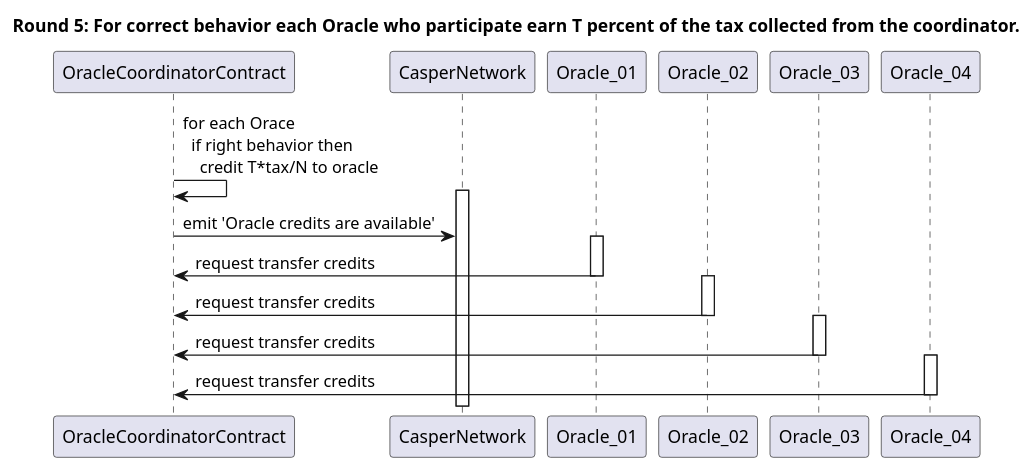
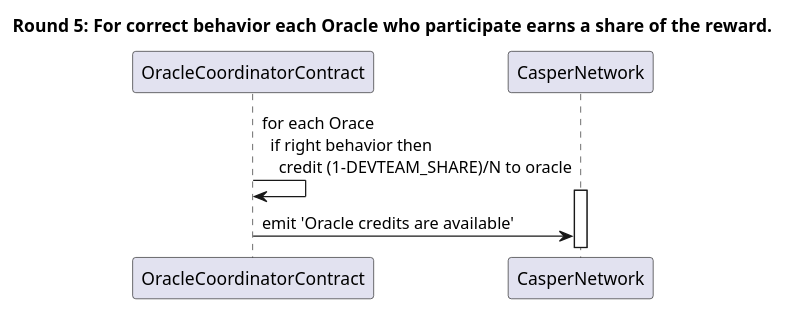
One commit to lucribas/casper-game-oracle changed diagram 12 of 13 in docs/images/Diagrams_plant_uml.md. Above: the diagram before and after it, drawn with PlantUML. The commit also changed other lines of this file and 1 other file, not shown here.

````diff
--- a/docs/images/Diagrams_plant_uml.md
+++ b/docs/images/Diagrams_plant_uml.md
@@ -167,20 +274,9 @@
 ```plantuml
 @startuml
-title Round 5: For correct behavior each Oracle who participate earn T percent of the tax collected from the coordinator.
-OracleCoordinatorContract -> OracleCoordinatorContract : for each Orace\n  if right behavior then\n    credit T*tax/N to oracle
+title Round 5: For correct behavior each **Oracle** who participate earns a share of the reward.
+OracleCoordinatorContract -> OracleCoordinatorContract : for each Orace\n  if right behavior then\n    credit (1-DEVTEAM_SHARE)/N to oracle
 activate CasperNetwork
 OracleCoordinatorContract -> CasperNetwork : emit 'Oracle credits are available'
-activate Oracle_01
-Oracle_01 -> OracleCoordinatorContract : request transfer credits
-deactivate Oracle_01
-activate Oracle_02
-Oracle_02 -> OracleCoordinatorContract : request transfer credits
-deactivate Oracle_02
-activate Oracle_03
-Oracle_03 -> OracleCoordinatorContract : request transfer credits
-deactivate Oracle_03
-activate Oracle_04
-Oracle_04 -> OracleCoordinatorContract : request transfer credits
-deactivate Oracle_04
+
 @enduml
 ```
````
